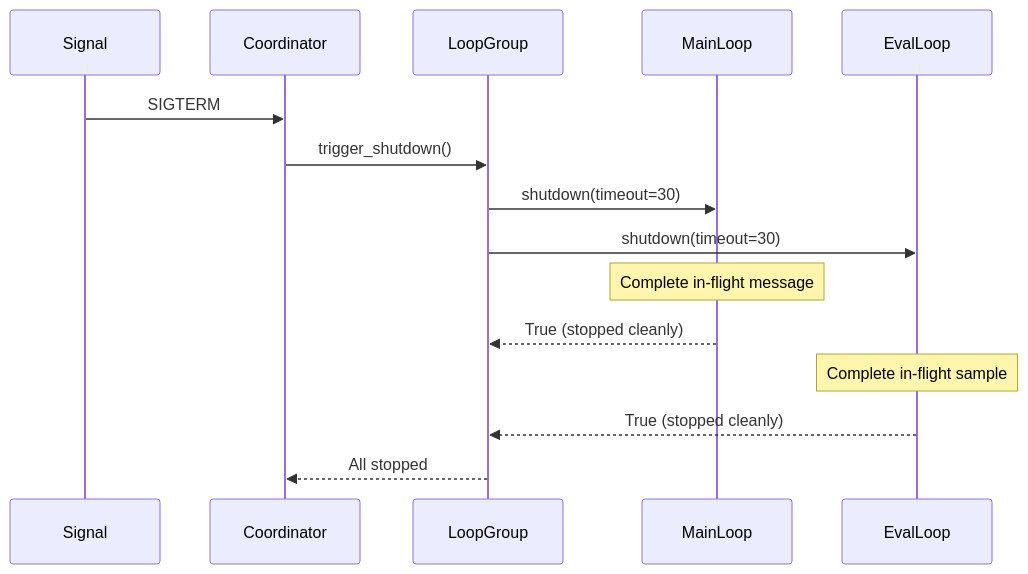
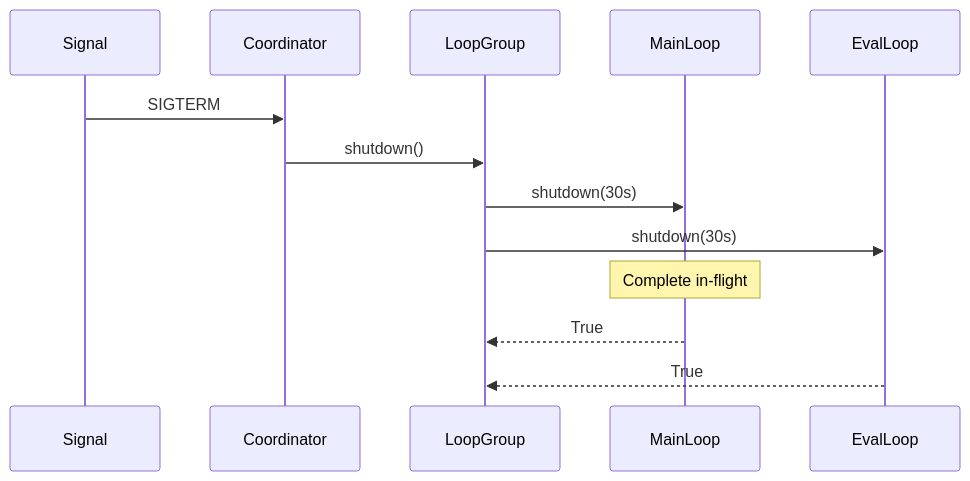
The diagram in specs/LIFECYCLE.md (weakincentives/weakincentives), drawn with Mermaid before and after one commit. The commit also changed other lines of this file and 34 other files, not shown here.

````diff
--- a/specs/LIFECYCLE.md
+++ b/specs/LIFECYCLE.md
@@ -476,21 +56,10 @@
 ```mermaid
 sequenceDiagram
-    participant Signal
-    participant Coordinator
-    participant LoopGroup
-    participant MainLoop
-    participant EvalLoop
-
     Signal->>Coordinator: SIGTERM
-    Coordinator->>LoopGroup: trigger_shutdown()
-    LoopGroup->>MainLoop: shutdown(timeout=30)
-    LoopGroup->>EvalLoop: shutdown(timeout=30)
-
-    Note over MainLoop: Complete in-flight message
-    MainLoop-->>LoopGroup: True (stopped cleanly)
-
-    Note over EvalLoop: Complete in-flight sample
-    EvalLoop-->>LoopGroup: True (stopped cleanly)
-
-    LoopGroup-->>Coordinator: All stopped
+    Coordinator->>LoopGroup: shutdown()
+    LoopGroup->>MainLoop: shutdown(30s)
+    LoopGroup->>EvalLoop: shutdown(30s)
+    Note over MainLoop: Complete in-flight
+    MainLoop-->>LoopGroup: True
+    EvalLoop-->>LoopGroup: True
 ```
````
